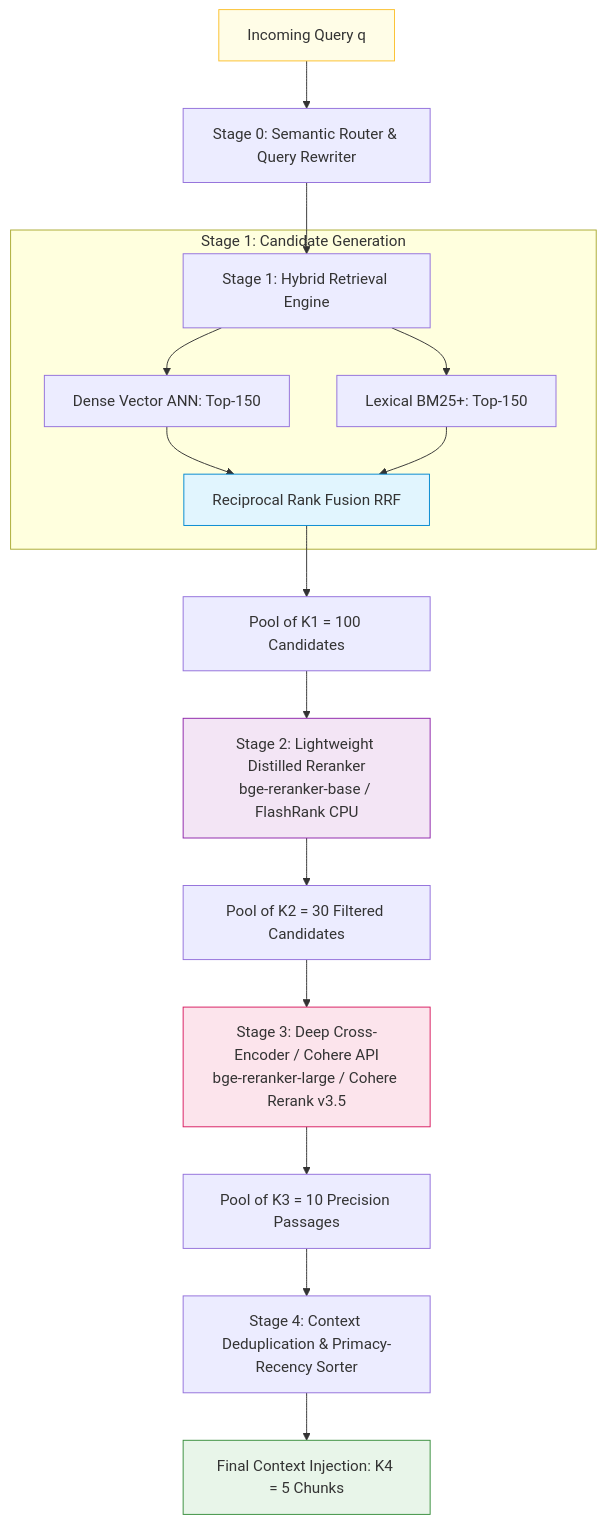
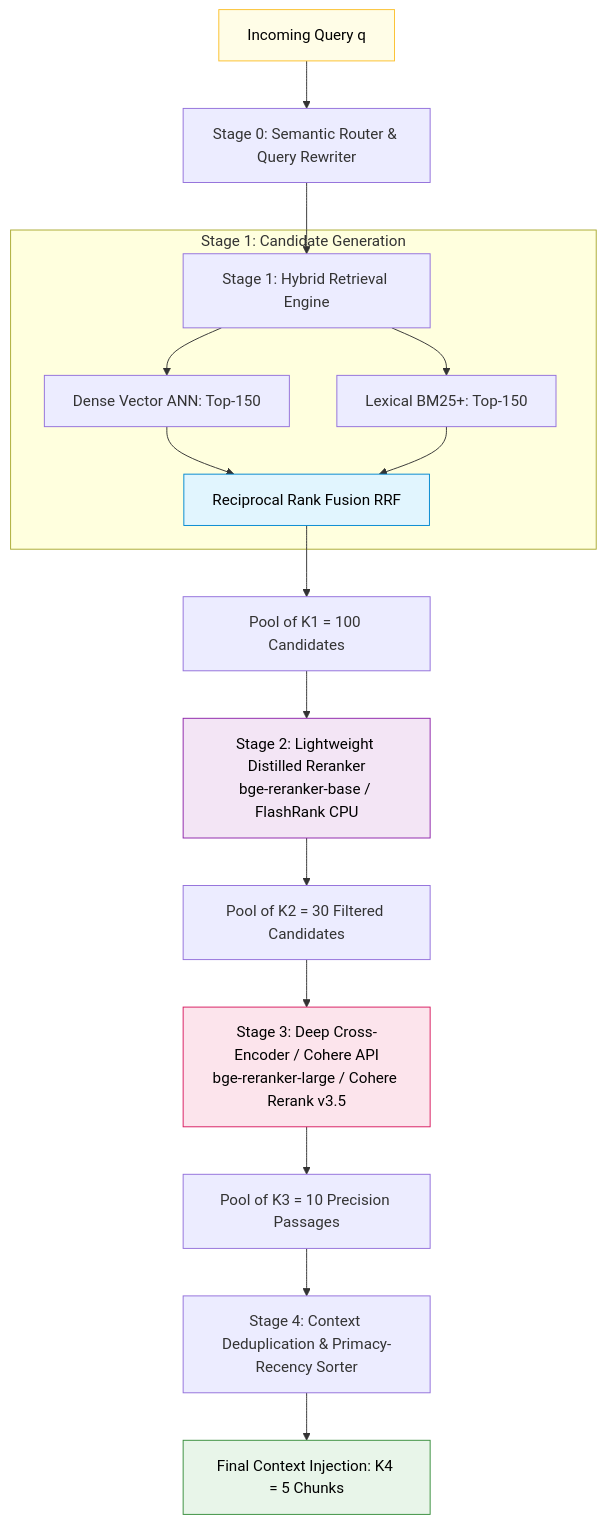
The second of 4 diagrams in 06-Advanced-RAG/Reranking.md (swapnil3104/RAG-Engineering), drawn with Mermaid before and after one commit. The commit also changed other lines of this file and 108 other files, not shown here.

Commit message:
fix: make chart text visible across all Mermaid diagrams and resolve markdown table formatting issues

````diff
--- a/06-Advanced-RAG/Reranking.md
+++ b/06-Advanced-RAG/Reranking.md
@@ -152,27 +152,27 @@
 ```mermaid
 graph TD
     A[Incoming Query q] --> B[Stage 0: Semantic Router & Query Rewriter]
     B --> C[Stage 1: Hybrid Retrieval Engine]
     
     subgraph Stage 1: Candidate Generation
         C --> D1[Dense Vector ANN: Top-150]
         C --> D2[Lexical BM25+: Top-150]
         D1 & D2 --> E[Reciprocal Rank Fusion RRF]
     end
 
     E --> F[Pool of K1 = 100 Candidates]
     F --> G[Stage 2: Lightweight Distilled Reranker<br/>bge-reranker-base / FlashRank CPU]
     
     G --> H[Pool of K2 = 30 Filtered Candidates]
     H --> I[Stage 3: Deep Cross-Encoder / Cohere API<br/>bge-reranker-large / Cohere Rerank v3.5]
     
     I --> J[Pool of K3 = 10 Precision Passages]
     J --> K[Stage 4: Context Deduplication & Primacy-Recency Sorter]
     K --> L[Final Context Injection: K4 = 5 Chunks]
 
-    style A fill:#fffde7,stroke:#fbc02d,stroke-width:1px
-    style E fill:#e1f5fe,stroke:#0288d1,stroke-width:1px
-    style G fill:#f3e5f5,stroke:#8e24aa,stroke-width:1px
-    style I fill:#fce4ec,stroke:#d81b60,stroke-width:1px
-    style L fill:#e8f5e9,stroke:#388e3c,stroke-width:1px
+    style A fill:#fffde7,stroke:#fbc02d,stroke-width:1px,color:#000000
+    style E fill:#e1f5fe,stroke:#0288d1,stroke-width:1px,color:#000000
+    style G fill:#f3e5f5,stroke:#8e24aa,stroke-width:1px,color:#000000
+    style I fill:#fce4ec,stroke:#d81b60,stroke-width:1px,color:#000000
+    style L fill:#e8f5e9,stroke:#388e3c,stroke-width:1px,color:#000000
 ```
````
